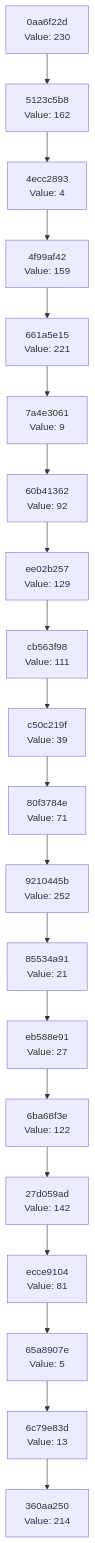
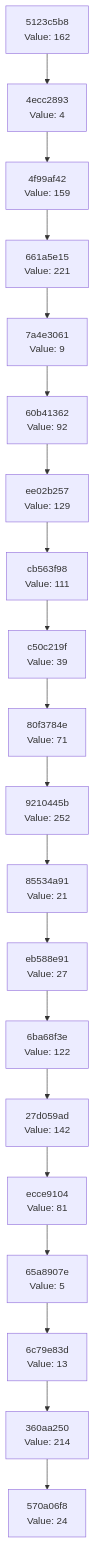
Before and after one commit to Abhisheksinha1506/hash-chain-evolver: the diagram in docs/CHAIN_VISUALIZATION.md, drawn with Mermaid. The commit also changed 2 other files, not shown here.

Commit message:
Evolution step: hash 0x18 → action executed

````diff
--- a/docs/CHAIN_VISUALIZATION.md
+++ b/docs/CHAIN_VISUALIZATION.md
@@ -3,42 +3,42 @@
 ```mermaid
 graph TD
-    C0["360aa250<br/>Value: 214"]
-    C1["6c79e83d<br/>Value: 13"]
+    C0["570a06f8<br/>Value: 24"]
+    C1["360aa250<br/>Value: 214"]
     C1 --> C0
-    C2["65a8907e<br/>Value: 5"]
+    C2["6c79e83d<br/>Value: 13"]
     C2 --> C1
-    C3["ecce9104<br/>Value: 81"]
+    C3["65a8907e<br/>Value: 5"]
     C3 --> C2
-    C4["27d059ad<br/>Value: 142"]
+    C4["ecce9104<br/>Value: 81"]
     C4 --> C3
-    C5["6ba68f3e<br/>Value: 122"]
+    C5["27d059ad<br/>Value: 142"]
     C5 --> C4
-    C6["eb588e91<br/>Value: 27"]
+    C6["6ba68f3e<br/>Value: 122"]
     C6 --> C5
-    C7["85534a91<br/>Value: 21"]
+    C7["eb588e91<br/>Value: 27"]
     C7 --> C6
-    C8["9210445b<br/>Value: 252"]
+    C8["85534a91<br/>Value: 21"]
     C8 --> C7
-    C9["80f3784e<br/>Value: 71"]
+    C9["9210445b<br/>Value: 252"]
     C9 --> C8
-    C10["c50c219f<br/>Value: 39"]
+    C10["80f3784e<br/>Value: 71"]
     C10 --> C9
-    C11["cb563f98<br/>Value: 111"]
+    C11["c50c219f<br/>Value: 39"]
     C11 --> C10
-    C12["ee02b257<br/>Value: 129"]
+    C12["cb563f98<br/>Value: 111"]
     C12 --> C11
-    C13["60b41362<br/>Value: 92"]
+    C13["ee02b257<br/>Value: 129"]
     C13 --> C12
-    C14["7a4e3061<br/>Value: 9"]
+    C14["60b41362<br/>Value: 92"]
     C14 --> C13
-    C15["661a5e15<br/>Value: 221"]
+    C15["7a4e3061<br/>Value: 9"]
     C15 --> C14
-    C16["4f99af42<br/>Value: 159"]
+    C16["661a5e15<br/>Value: 221"]
     C16 --> C15
-    C17["4ecc2893<br/>Value: 4"]
+    C17["4f99af42<br/>Value: 159"]
     C17 --> C16
-    C18["5123c5b8<br/>Value: 162"]
+    C18["4ecc2893<br/>Value: 4"]
     C18 --> C17
-    C19["0aa6f22d<br/>Value: 230"]
+    C19["5123c5b8<br/>Value: 162"]
     C19 --> C18
 ```
````
